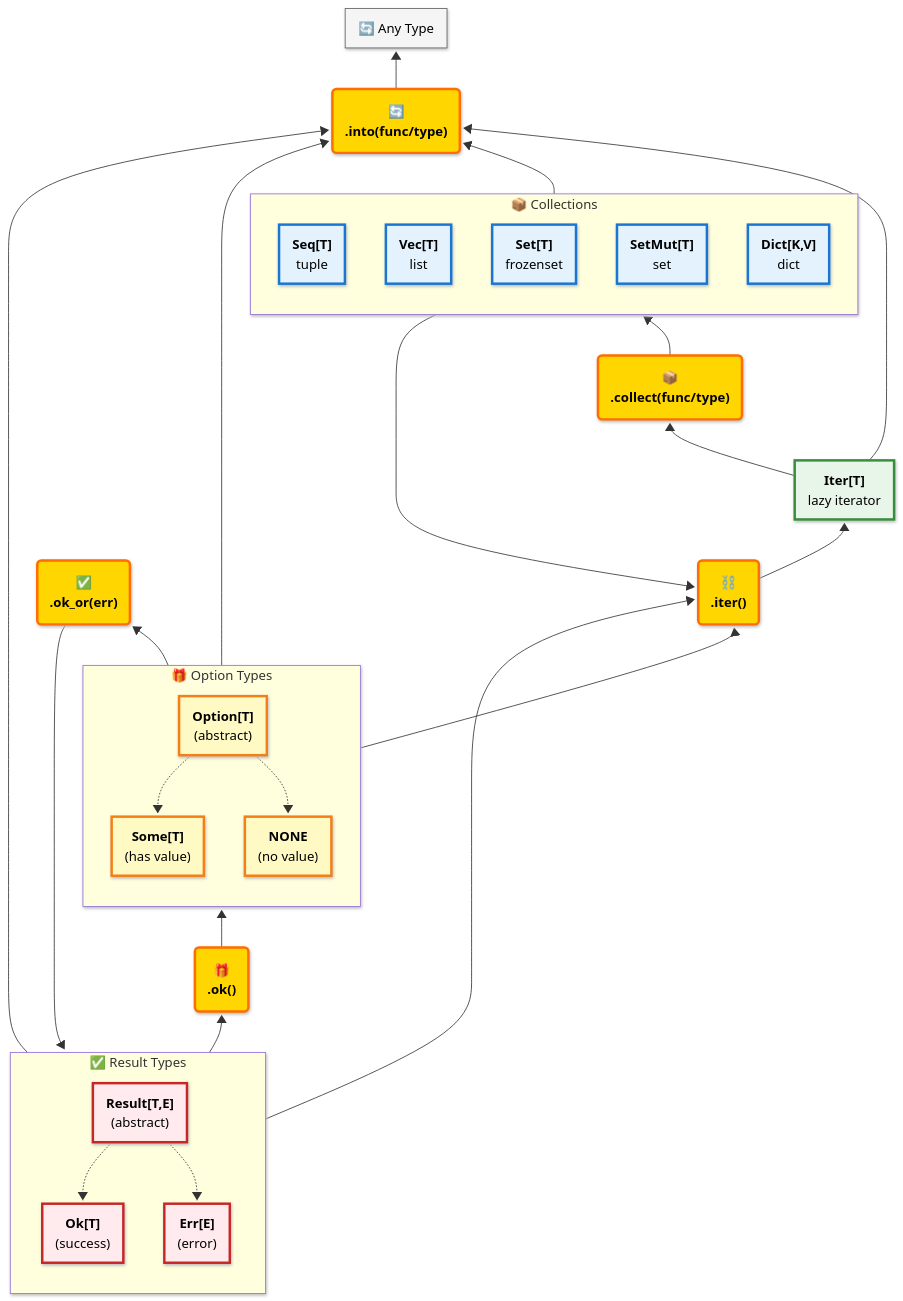
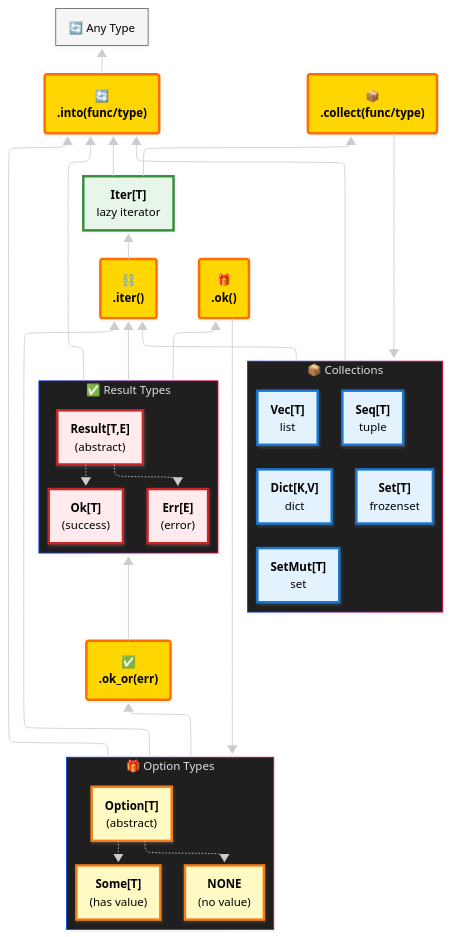
Before and after one commit to OutSquareCapital/pyochain: the diagram in docs/core-types-overview.md, drawn with Mermaid.

Commit message:
better graph layout

````diff
--- a/docs/core-types-overview.md
+++ b/docs/core-types-overview.md
@@ -37,78 +37,80 @@
 ```mermaid
 ---
 config:
   look: neo
+  layout: elk
+  theme: neo-dark
 ---
 flowchart BT
  subgraph Collections["📦 Collections"]
     direction TB
         Seq["<b>Seq[T]</b><br>tuple"]
         Vec["<b>Vec[T]</b><br>list"]
         Set["<b>Set[T]</b><br>frozenset"]
         SetMut["<b>SetMut[T]</b><br>set"]
         Dict["<b>Dict[K,V]</b><br>dict"]
   end
  subgraph OptionGroup["🎁 Option Types"]
     direction TB
         Option["<b>Option[T]</b><br>(abstract)"]
         Some["<b>Some[T]</b><br>(has value)"]
         NONE["<b>NONE</b><br>(no value)"]
   end
  subgraph ResultGroup["✅ Result Types"]
     direction TB
         Result["<b>Result[T,E]</b><br>(abstract)"]
         Ok["<b>Ok[T]</b><br>(success)"]
         Err["<b>Err[E]</b><br>(error)"]
   end
     Option -.-> Some & NONE
     Result -.-> Ok & Err
-    Collections L_Collections_IterMethod_0@--> IterMethod["⛓️<br><b>.iter()</b>"] & Into["🔄<br><b>.into(func/type)</b>"]
-    OptionGroup L_OptionGroup_IterMethod_0@--> IterMethod & OkOrMethod["✅<br><b>.ok_or(err)</b>"] & Into
-    ResultGroup L_ResultGroup_IterMethod_0@--> IterMethod & OkMethod["🎁<br><b>.ok()</b>"] & Into
-    IterMethod L_IterMethod_Iter_0@--> Iter["<b>Iter[T]</b><br>lazy iterator"]
-    Iter L_Iter_CollectMethod_0@--> CollectMethod["📦<br><b>.collect(func/type)</b>"] & Into
-    CollectMethod L_CollectMethod_Collections_0@--> Collections
-    OkOrMethod L_OkOrMethod_ResultGroup_0@--> ResultGroup
-    OkMethod L_OkMethod_OptionGroup_0@--> OptionGroup
-    Into L_Into_AnyType_0@--> AnyType["🔄 Any Type"]
+    Collections --> IterMethod["⛓️<br><b>.iter()</b>"] & Into["🔄<br><b>.into(func/type)</b>"]
+    OptionGroup --> IterMethod & OkOrMethod["✅<br><b>.ok_or(err)</b>"] & Into
+    ResultGroup --> IterMethod & OkMethod["🎁<br><b>.ok()</b>"] & Into
+    IterMethod --> Iter["<b>Iter[T]</b><br>lazy iterator"]
+    Iter --> CollectMethod["📦<br><b>.collect(func/type)</b>"] & Into
+    CollectMethod --> Collections
+    OkOrMethod --> ResultGroup
+    OkMethod --> OptionGroup
+    Into --> AnyType["🔄 Any Type"]
 
     IterMethod@{ shape: rounded}
     Into@{ shape: rounded}
     OkOrMethod@{ shape: rounded}
     OkMethod@{ shape: rounded}
     CollectMethod@{ shape: rounded}
      Seq:::collectionsStyle
      Vec:::collectionsStyle
      Set:::collectionsStyle
      SetMut:::collectionsStyle
      Dict:::collectionsStyle
      Option:::optionStyle
      Some:::optionStyle
      NONE:::optionStyle
      Result:::resultStyle
      Ok:::resultStyle
      Err:::resultStyle
      IterMethod:::iterMethodStyle
      Into:::intoStyle
      OkOrMethod:::okOrMethodStyle
      OkMethod:::okMethodStyle
      Iter:::iterStyle
      CollectMethod:::collectMethodStyle
      AnyType:::anyStyle
     classDef collectionsStyle fill:#e3f2fd,stroke:#1976d2,stroke-width:3px,color:#000
     classDef iterMethodStyle fill:#c8e6c9,stroke:#2e7d32,stroke-width:3px,color:#000
     classDef iterStyle fill:#e8f5e9,stroke:#388e3c,stroke-width:3px,color:#000
     classDef collectMethodStyle fill:#b3e5fc,stroke:#0277bd,stroke-width:3px,color:#000
     classDef okOrMethodStyle fill:#ffccbc,stroke:#d84315,stroke-width:3px,color:#000
     classDef okMethodStyle fill:#fff59d,stroke:#f9a825,stroke-width:3px,color:#000
     classDef optionStyle fill:#fff9c4,stroke:#f57f17,stroke-width:3px,color:#000
     classDef resultStyle fill:#ffebee,stroke:#c62828,stroke-width:3px,color:#000
     classDef intoStyle fill:#e1bee7,stroke:#7b1fa2,stroke-width:3px,color:#000
     classDef anyStyle fill:#f5f5f5,stroke:#616161,stroke-width:2px,stroke-dasharray:5,color:#000
     style IterMethod fill:#FFD600,stroke:#FF6D00
     style Into stroke:#FF6D00,fill:#FFD600
     style OkOrMethod fill:#FFD600,stroke:#FF6D00
     style OkMethod fill:#FFD600,stroke:#FF6D00
     style CollectMethod fill:#FFD600,stroke:#FF6D00
     style AnyType stroke-width:1px,stroke-dasharray: 0
 ```
````
